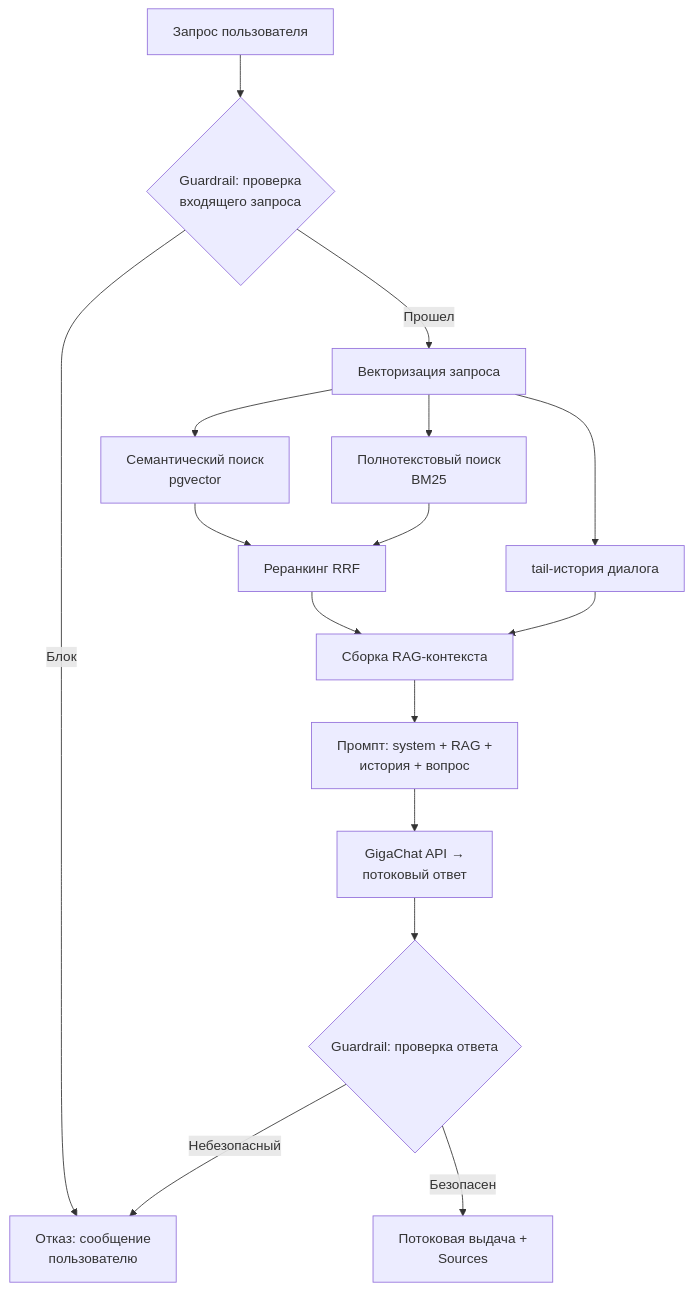
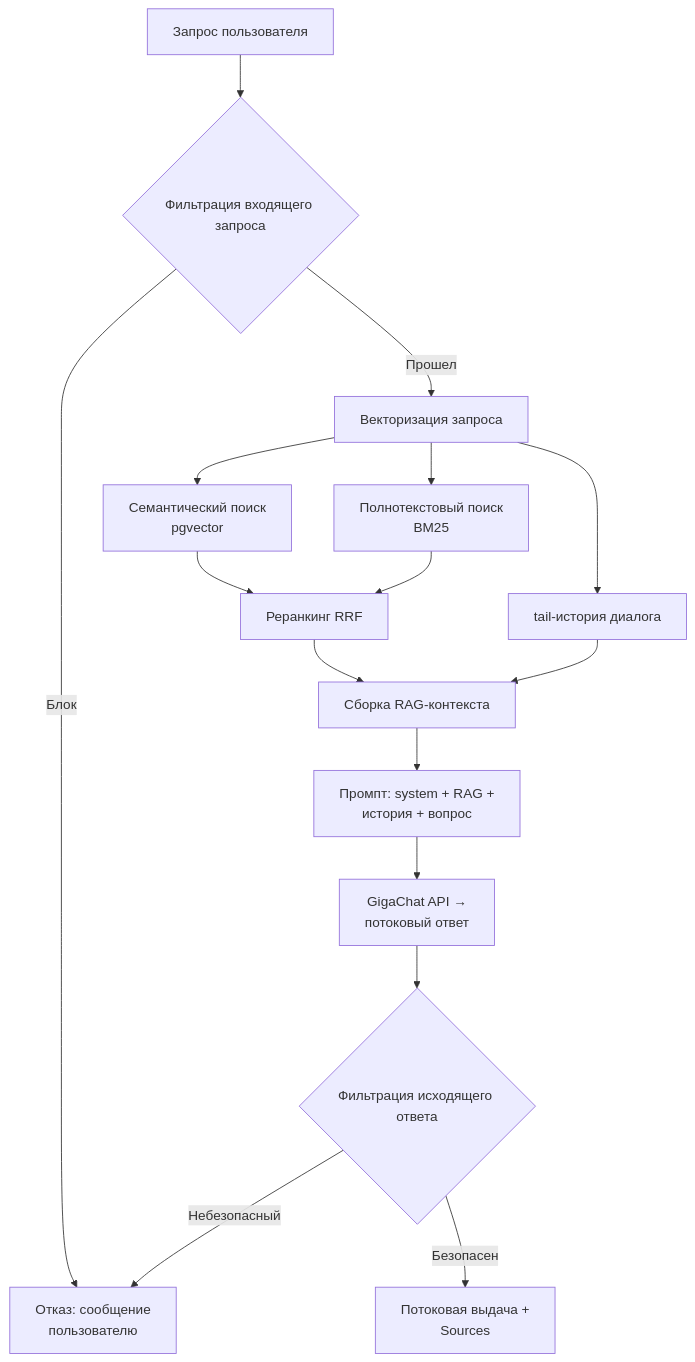
Before and after one commit to xen/vchat: the eighth of 9 diagrams in docs/01_architecture_specification_comments.md, drawn with Mermaid. The commit also changed other lines of this file and 6 other files, not shown here.

Commit message:
refactor: update architecture documentation for clarity and consistency

````diff
--- a/docs/01_architecture_specification_comments.md
+++ b/docs/01_architecture_specification_comments.md
@@ -273,20 +305,20 @@
 ```mermaid
 flowchart TD
-    A["Запрос пользователя"] --> B{"Guardrail: проверка<br/>входящего запроса"}
+    A["Запрос пользователя"] --> B{"Фильтрация входящего запроса"}
     B -->|"Блок"| Z["Отказ: сообщение<br/>пользователю"]
     B -->|"Прошел"| C["Векторизация запроса"]
 
     C --> D["Семантический поиск<br/>pgvector"]
     C --> E["Полнотекстовый поиск<br/>BM25"]
     C --> F["tail-история диалога"]
 
     D --> G["Реранкинг RRF"]
     E --> G
     G --> H["Сборка RAG-контекста"]
     F --> H
     H --> I["Промпт: system + RAG +<br/>история + вопрос"]
     I --> J["GigaChat API →<br/>потоковый ответ"]
-    J --> K{"Guardrail: проверка ответа"}
+    J --> K{"Фильтрация исходящего ответа"}
     K -->|"Небезопасный"| Z
     K -->|"Безопасен"| L["Потоковая выдача +<br/>Sources"]
 ```
````
